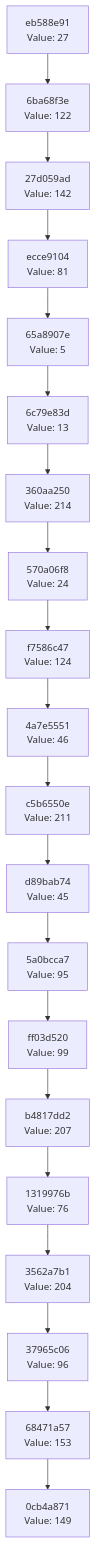
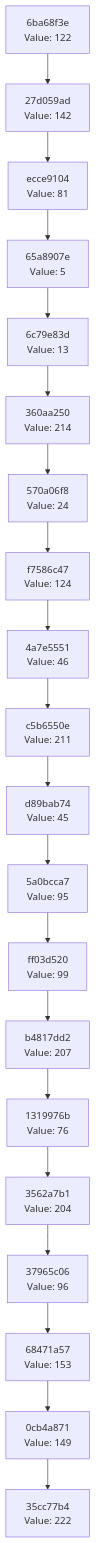
Before and after one commit to Abhisheksinha1506/hash-chain-evolver: the diagram in docs/CHAIN_VISUALIZATION.md, drawn with Mermaid. The commit also changed 3 other files, not shown here.

````diff
--- a/docs/CHAIN_VISUALIZATION.md
+++ b/docs/CHAIN_VISUALIZATION.md
@@ -3,42 +3,42 @@
 ```mermaid
 graph TD
-    C0["0cb4a871<br/>Value: 149"]
-    C1["68471a57<br/>Value: 153"]
+    C0["35cc77b4<br/>Value: 222"]
+    C1["0cb4a871<br/>Value: 149"]
     C1 --> C0
-    C2["37965c06<br/>Value: 96"]
+    C2["68471a57<br/>Value: 153"]
     C2 --> C1
-    C3["3562a7b1<br/>Value: 204"]
+    C3["37965c06<br/>Value: 96"]
     C3 --> C2
-    C4["1319976b<br/>Value: 76"]
+    C4["3562a7b1<br/>Value: 204"]
     C4 --> C3
-    C5["b4817dd2<br/>Value: 207"]
+    C5["1319976b<br/>Value: 76"]
     C5 --> C4
-    C6["ff03d520<br/>Value: 99"]
+    C6["b4817dd2<br/>Value: 207"]
     C6 --> C5
-    C7["5a0bcca7<br/>Value: 95"]
+    C7["ff03d520<br/>Value: 99"]
     C7 --> C6
-    C8["d89bab74<br/>Value: 45"]
+    C8["5a0bcca7<br/>Value: 95"]
     C8 --> C7
-    C9["c5b6550e<br/>Value: 211"]
+    C9["d89bab74<br/>Value: 45"]
     C9 --> C8
-    C10["4a7e5551<br/>Value: 46"]
+    C10["c5b6550e<br/>Value: 211"]
     C10 --> C9
-    C11["f7586c47<br/>Value: 124"]
+    C11["4a7e5551<br/>Value: 46"]
     C11 --> C10
-    C12["570a06f8<br/>Value: 24"]
+    C12["f7586c47<br/>Value: 124"]
     C12 --> C11
-    C13["360aa250<br/>Value: 214"]
+    C13["570a06f8<br/>Value: 24"]
     C13 --> C12
-    C14["6c79e83d<br/>Value: 13"]
+    C14["360aa250<br/>Value: 214"]
     C14 --> C13
-    C15["65a8907e<br/>Value: 5"]
+    C15["6c79e83d<br/>Value: 13"]
     C15 --> C14
-    C16["ecce9104<br/>Value: 81"]
+    C16["65a8907e<br/>Value: 5"]
     C16 --> C15
-    C17["27d059ad<br/>Value: 142"]
+    C17["ecce9104<br/>Value: 81"]
     C17 --> C16
-    C18["6ba68f3e<br/>Value: 122"]
+    C18["27d059ad<br/>Value: 142"]
     C18 --> C17
-    C19["eb588e91<br/>Value: 27"]
+    C19["6ba68f3e<br/>Value: 122"]
     C19 --> C18
 ```
````
